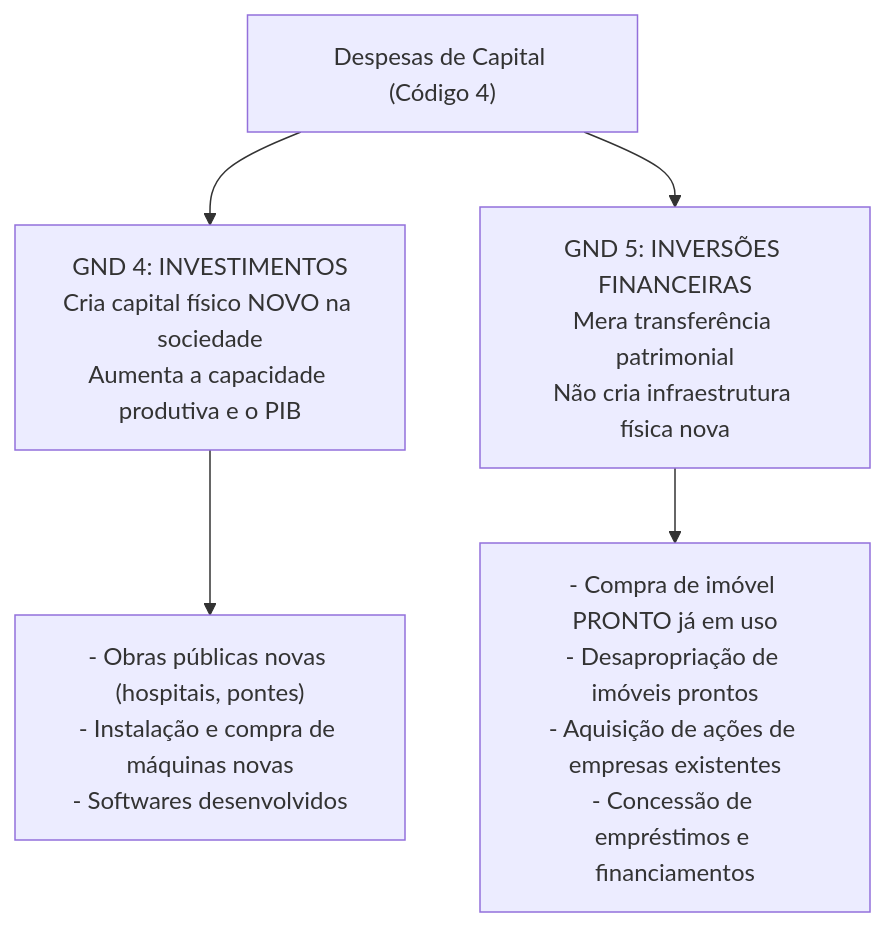
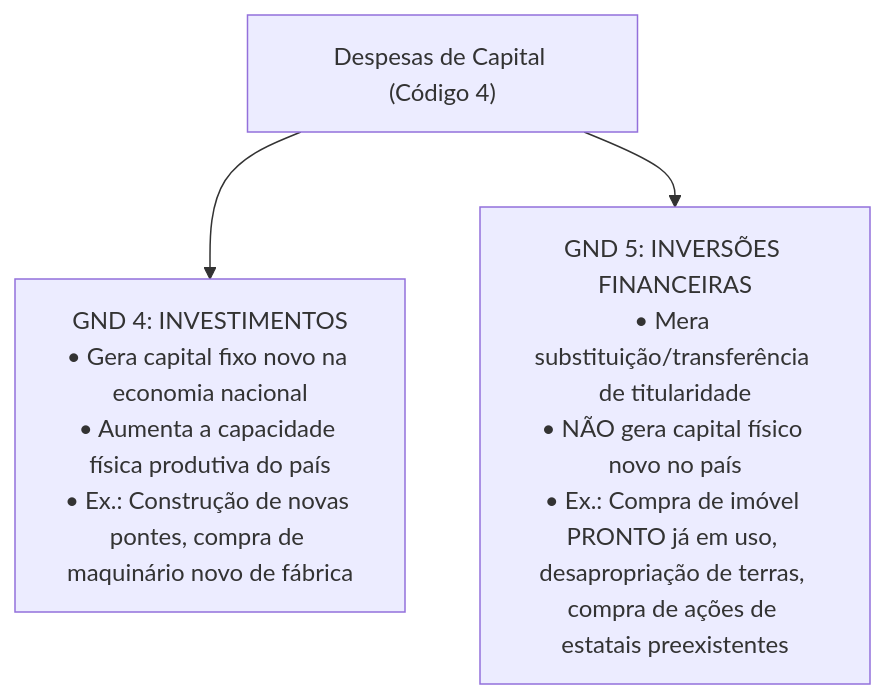
One commit to thiagosantos346/TCE-GO-2027 changed the third of 5 diagrams in fontes_de_estudo/conhecimentos_especificos_a01_tecnico_administrativo/19_nocoes_de_administracao_financeira_e_orcamentaria/03_despesa_publica_estagios_restos_a_pagar_e_suprimento.md. Above: the diagram before and after it, drawn with Mermaid. The commit also changed other lines of this file and 119 other files, not shown here.

````diff
--- a/fontes_de_estudo/conhecimentos_especificos_a01_tecnico_administrativo/19_nocoes_de_administracao_financeira_e_orcamentaria/03_despesa_publica_estagios_restos_a_pagar_e_suprimento.md
+++ b/fontes_de_estudo/conhecimentos_especificos_a01_tecnico_administrativo/19_nocoes_de_administracao_financeira_e_orcamentaria/03_despesa_publica_estagios_restos_a_pagar_e_suprimento.md
@@ -122,9 +146,6 @@
 ```mermaid
 flowchart TD
-    DespCap["Despesas de Capital (Código 4)"]
-    DespCap --> GND4["GND 4: INVESTIMENTOS<br/>Cria capital físico NOVO na sociedade<br/>Aumenta a capacidade produtiva e o PIB"]
-    DespCap --> GND5["GND 5: INVERSÕES FINANCEIRAS<br/>Mera transferência patrimonial<br/>Não cria infraestrutura física nova"]
-
-    GND4 --> Ex4["- Obras públicas novas (hospitais, pontes)<br/>- Instalação e compra de máquinas novas<br/>- Softwares desenvolvidos"]
-    GND5 --> Ex5["- Compra de imóvel PRONTO já em uso<br/>- Desapropriação de imóveis prontos<br/>- Aquisição de ações de empresas existentes<br/>- Concessão de empréstimos e financiamentos"]
+    Capital["Despesas de Capital (Código 4)"]
+    Capital --> GND4["GND 4: INVESTIMENTOS<br/>• Gera capital fixo novo na economia nacional<br/>• Aumenta a capacidade física produtiva do país<br/>• Ex.: Construção de novas pontes, compra de maquinário novo de fábrica"]
+    Capital --> GND5["GND 5: INVERSÕES FINANCEIRAS<br/>• Mera substituição/transferência de titularidade<br/>• NÃO gera capital físico novo no país<br/>• Ex.: Compra de imóvel PRONTO já em uso, desapropriação de terras, compra de ações de estatais preexistentes"]
 ```
````
